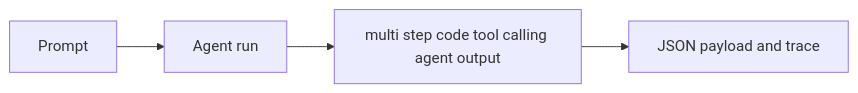
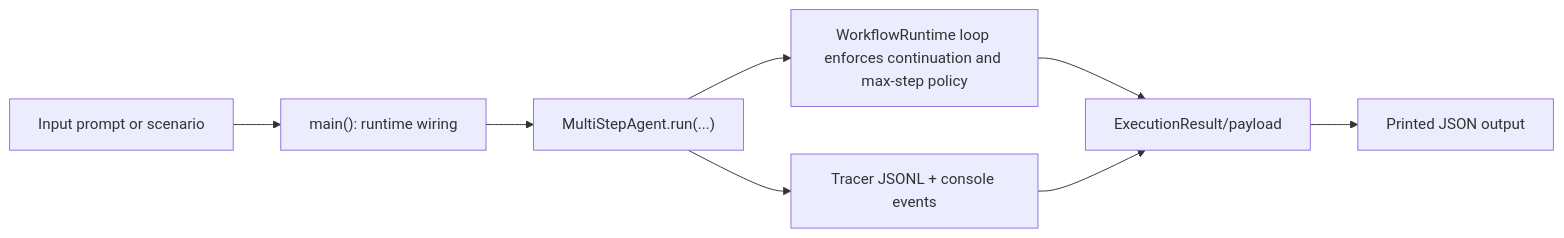
One commit to cmudrc/design-research-agents changed the diagram in docs/examples/agents/multi_step_code_tool_calling_agent.rst. Above: the diagram before and after it, drawn with Mermaid. The commit also changed other lines of this file and 83 other files, not shown here.

```diff
--- a/docs/examples/agents/multi_step_code_tool_calling_agent.rst
+++ b/docs/examples/agents/multi_step_code_tool_calling_agent.rst
@@ -21,6 +21,10 @@
 .. mermaid::
 
    flowchart LR
-       A["Prompt"] --> B["Agent run"]
-       B --> C["multi step code tool calling agent output"]
-       C --> D["JSON payload and trace"]
+       A["Input prompt or scenario"] --> B["main(): runtime wiring"]
+       B --> C["MultiStepAgent.run(...)"]
+       C --> D["WorkflowRuntime loop enforces continuation and max-step policy"]
+       C --> E["Tracer JSONL + console events"]
+       D --> F["ExecutionResult/payload"]
+       E --> F
+       F --> G["Printed JSON output"]
```
